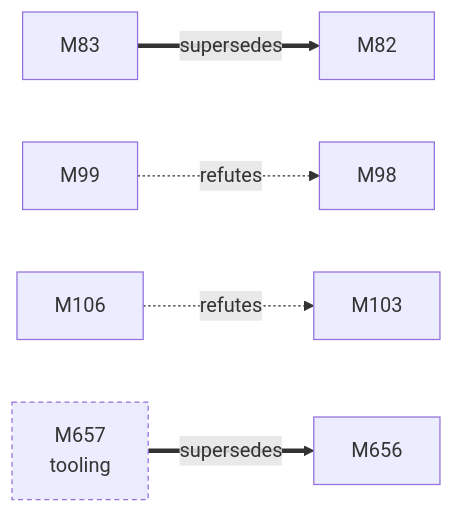
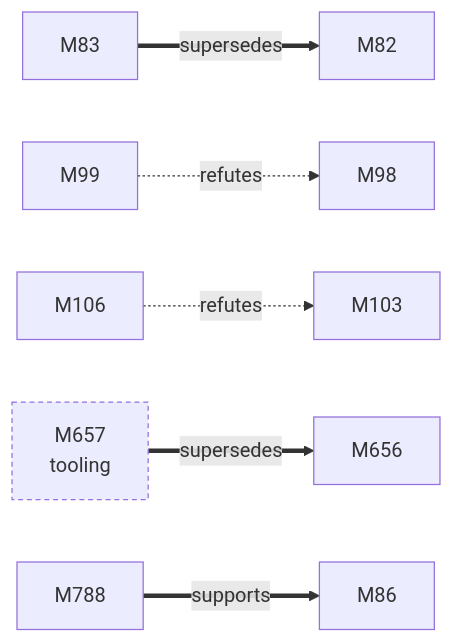
One commit to D-Ogi/amdgpu-wddm changed the first of 3 diagrams in docs/facts/graphs/display.md. Above: the diagram before and after it, drawn with Mermaid. The commit also changed 16 other files, not shown here.

````diff
--- a/docs/facts/graphs/display.md
+++ b/docs/facts/graphs/display.md
@@ -9,17 +9,20 @@
 ```mermaid
 flowchart LR
   M82["M82"]
   M83["M83"]
+  M86["M86"]
   M98["M98"]
   M99["M99"]
   M103["M103"]
   M106["M106"]
   M656["M656"]
   M657["M657<br/>tooling"]
+  M788["M788"]
   M83 ==>|supersedes| M82
   M99 -.->|refutes| M98
   M106 -.->|refutes| M103
+  M788 ==>|supports| M86
   M657 ==>|supersedes| M656
   classDef other stroke-dasharray:4 3
   class M657 other
 ```
````
